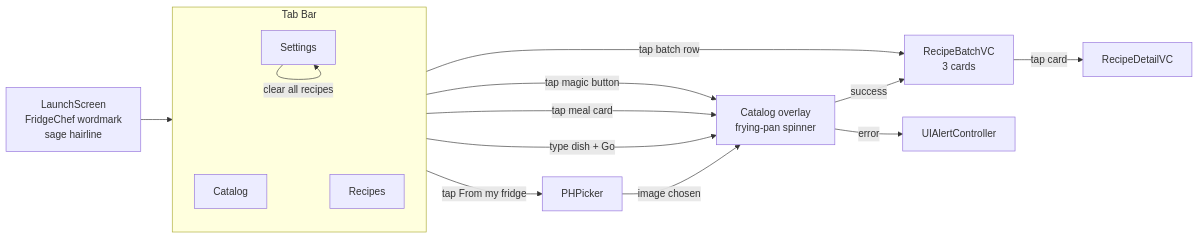
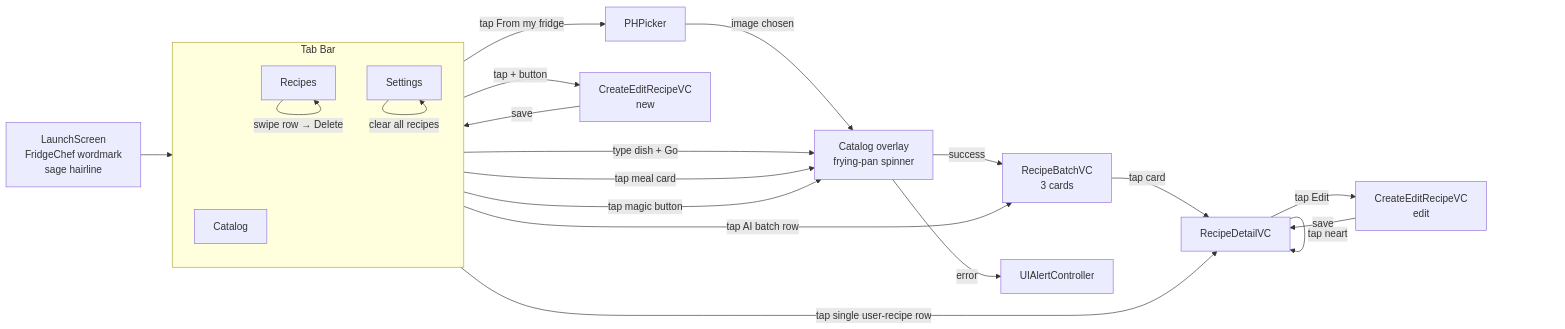
One commit to ZeekrBaha/fridgechef-ios changed the first of 9 diagrams in docs/CROSS_PLATFORM_SPEC.md. Above: the diagram before and after it, drawn with Mermaid. The commit also changed other lines of this file and 7 other files, not shown here.

First line of the commit message:
feat: redesign Recipes cell, move favorite to bottom toolbar, polish create/edit + CRUD tests

````diff
--- a/docs/CROSS_PLATFORM_SPEC.md
+++ b/docs/CROSS_PLATFORM_SPEC.md
@@ -28,28 +38,37 @@
 ```mermaid
 flowchart LR
     Launch[LaunchScreen<br/>FridgeChef wordmark<br/>sage hairline]
     Launch --> Tabs
 
     subgraph Tabs[Tab Bar]
         direction TB
         Home[Catalog]
         Recipes[Recipes]
         Settings[Settings]
     end
 
     Home -->|type dish + Go| Loading1[Catalog overlay<br/>frying-pan spinner]
     Home -->|tap meal card| Loading1
     Home -->|tap From my fridge| Picker[PHPicker]
     Picker -->|image chosen| Loading1
     Home -->|tap magic button| Loading1
 
     Loading1 -->|success| Batch[RecipeBatchVC<br/>3 cards]
     Loading1 -->|error| Alert[UIAlertController]
 
     Batch -->|tap card| Detail[RecipeDetailVC]
 
-    Recipes -->|tap batch row| Batch
+    Recipes -->|tap AI batch row| Batch
+    Recipes -->|tap single user-recipe row| Detail
+    Recipes -->|tap + button| CreateEdit[CreateEditRecipeVC<br/>new]
+    Recipes -->|All / Favorites filter| Recipes
+    Recipes -->|swipe row → Delete| Recipes
+    CreateEdit -->|save| Recipes
+
+    Detail -->|tap Edit| CreateEdit2[CreateEditRecipeVC<br/>edit]
+    Detail -->|tap heart| Detail
+    CreateEdit2 -->|save| Detail
 
     Settings -->|theme picker| Settings
     Settings -->|clear all recipes| Settings
 ```
````
